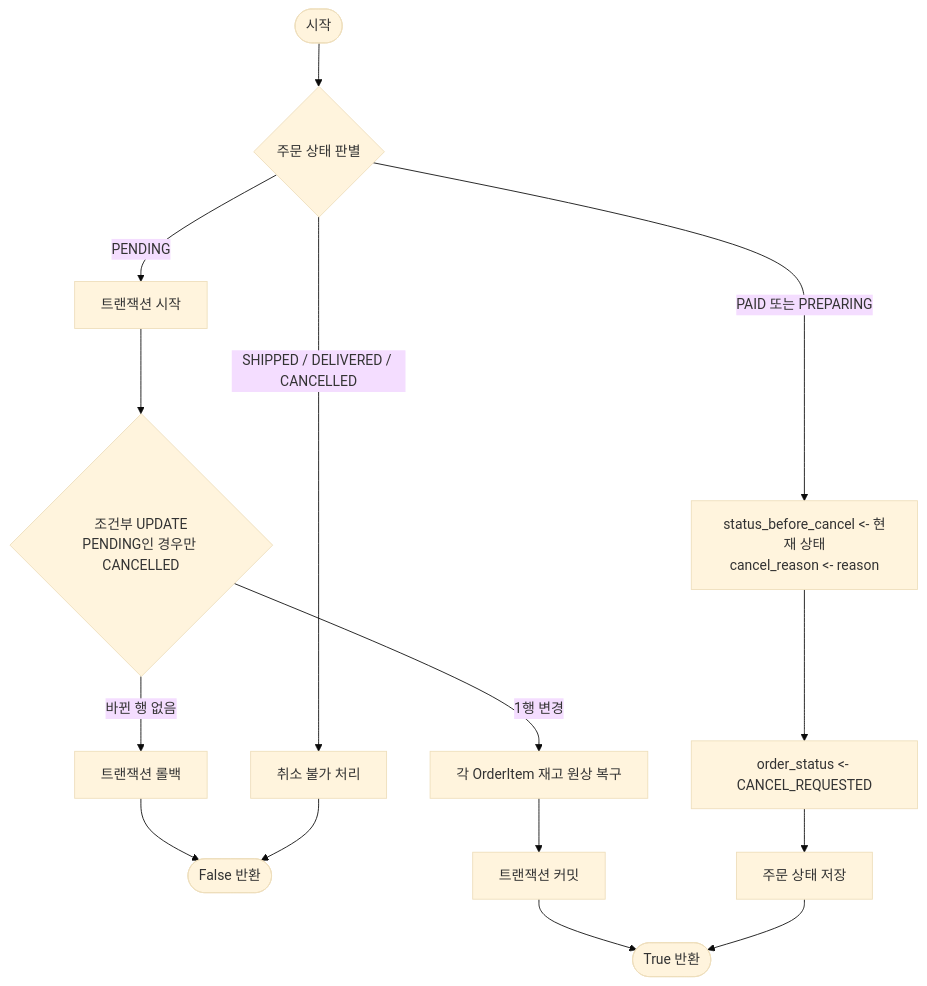
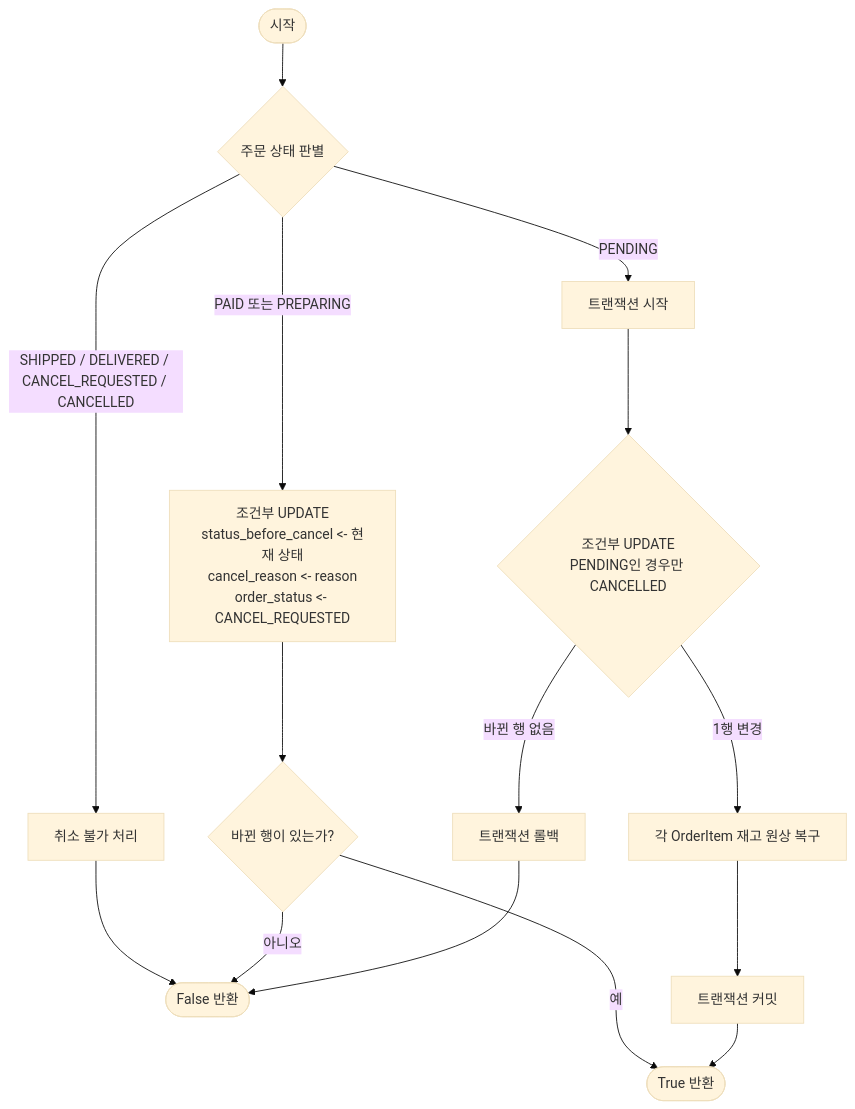
Before and after one commit to seren-wib/coffee-shop: the second of 2 diagrams in docs/backend/method-algorithms.md, drawn with Mermaid (base theme). The commit also changed other lines of this file and 5 other files, not shown here.

````diff
--- a/docs/backend/method-algorithms.md
+++ b/docs/backend/method-algorithms.md
@@ -193,17 +193,18 @@
 ```mermaid
 flowchart TD
     Start([시작]) --> CheckStatus{주문 상태 판별}
     
     CheckStatus -- PENDING --> StartTx[트랜잭션 시작]
     StartTx --> SetCancelled{조건부 UPDATE<br>PENDING인 경우만 CANCELLED}
     SetCancelled -- 바뀐 행 없음 --> RollbackDup[트랜잭션 롤백] --> ReturnFalse
     SetCancelled -- 1행 변경 --> RestoreStock[각 OrderItem 재고 원상 복구]
     RestoreStock --> CommitTx[트랜잭션 커밋] --> ReturnTrue([True 반환])
     
-    CheckStatus -- PAID 또는 PREPARING --> SaveBefore[status_before_cancel <- 현재 상태<br>cancel_reason <- reason]
-    SaveBefore --> SetReq[order_status <- CANCEL_REQUESTED]
-    SetReq --> SaveOrder[주문 상태 저장] --> ReturnTrue
+    CheckStatus -- PAID 또는 PREPARING --> SaveBefore[조건부 UPDATE<br>status_before_cancel <- 현재 상태<br>cancel_reason <- reason<br>order_status <- CANCEL_REQUESTED]
+    SaveBefore --> Changed{바뀐 행이 있는가?}
+    Changed -- 예 --> ReturnTrue
+    Changed -- 아니오 --> ReturnFalse
     
-    CheckStatus -- SHIPPED / DELIVERED / CANCELLED --> Reject[취소 불가 처리]
+    CheckStatus -- SHIPPED / DELIVERED / CANCEL_REQUESTED / CANCELLED --> Reject[취소 불가 처리]
     Reject --> ReturnFalse([False 반환])
 ```
````
